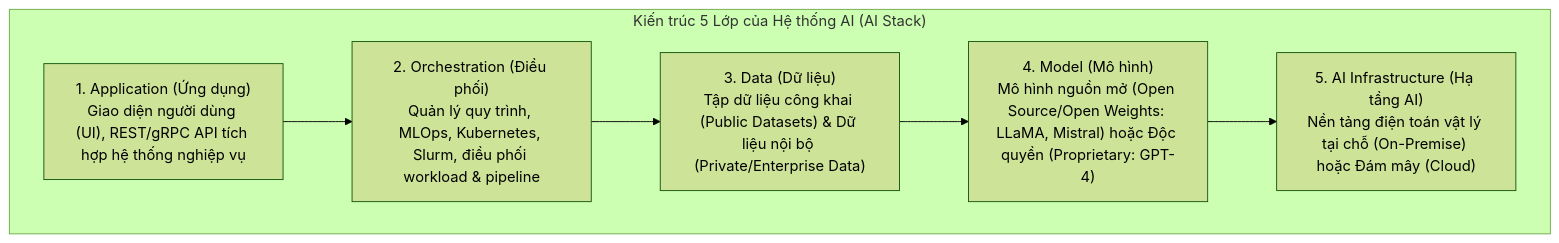
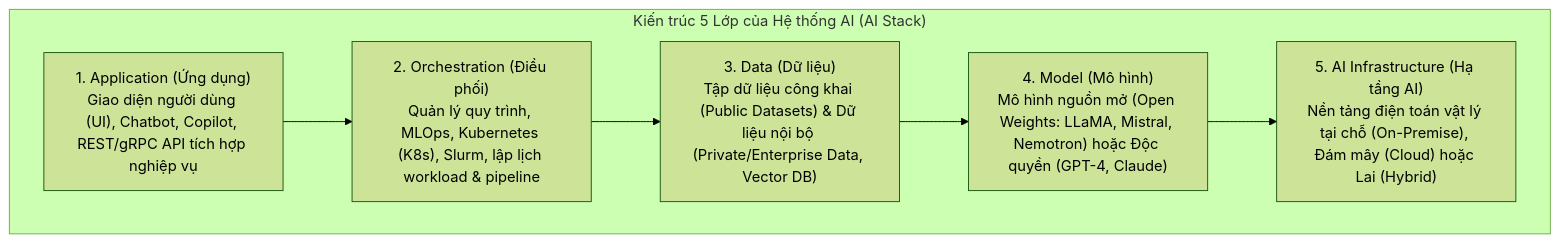
The first of 8 diagrams in Module_01_AI_Infrastructure.md (nxthanh2904/nca-genl), drawn with Mermaid (forest theme) before and after one commit. The commit also changed other lines of this file and 11 other files, not shown here.

````diff
--- a/Module_01_AI_Infrastructure.md
+++ b/Module_01_AI_Infrastructure.md
@@ -24,12 +35,12 @@
 ```mermaid
 flowchart TD
     subgraph Stack["Kiến trúc 5 Lớp của Hệ thống AI (AI Stack)"]
-        L1["1. Application (Ứng dụng)<br/>Giao diện người dùng (UI), REST/gRPC API tích hợp hệ thống nghiệp vụ"]
-        L2["2. Orchestration (Điều phối)<br/>Quản lý quy trình, MLOps, Kubernetes, Slurm, điều phối workload & pipeline"]
-        L3["3. Data (Dữ liệu)<br/>Tập dữ liệu công khai (Public Datasets) & Dữ liệu nội bộ (Private/Enterprise Data)"]
-        L4["4. Model (Mô hình)<br/>Mô hình nguồn mở (Open Source/Open Weights: LLaMA, Mistral) hoặc Độc quyền (Proprietary: GPT-4)"]
-        L5["5. AI Infrastructure (Hạ tầng AI)<br/>Nền tảng điện toán vật lý tại chỗ (On-Premise) hoặc Đám mây (Cloud)"]
+        L1["1. Application (Ứng dụng)<br/>Giao diện người dùng (UI), Chatbot, Copilot, REST/gRPC API tích hợp nghiệp vụ"]
+        L2["2. Orchestration (Điều phối)<br/>Quản lý quy trình, MLOps, Kubernetes (K8s), Slurm, lập lịch workload & pipeline"]
+        L3["3. Data (Dữ liệu)<br/>Tập dữ liệu công khai (Public Datasets) & Dữ liệu nội bộ (Private/Enterprise Data, Vector DB)"]
+        L4["4. Model (Mô hình)<br/>Mô hình nguồn mở (Open Weights: LLaMA, Mistral, Nemotron) hoặc Độc quyền (GPT-4, Claude)"]
+        L5["5. AI Infrastructure (Hạ tầng AI)<br/>Nền tảng điện toán vật lý tại chỗ (On-Premise), Đám mây (Cloud) hoặc Lai (Hybrid)"]
         
         L1 --> L2 --> L3 --> L4 --> L5
     end
 ```
````
